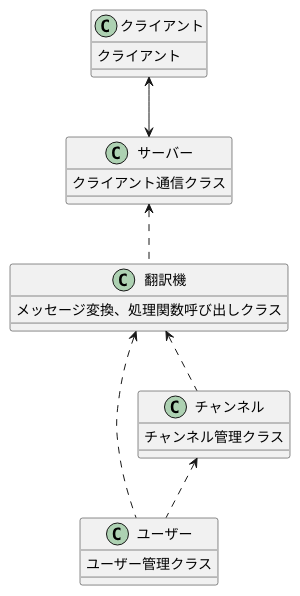
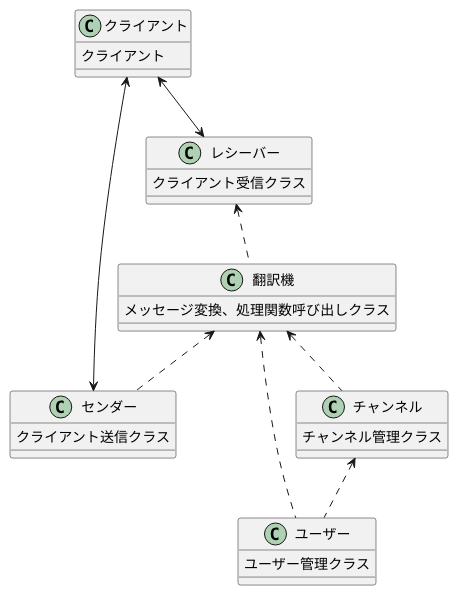
One commit to yuhe-02/ft_irc_42 changed the diagram in uml/class.puml. Above: the diagram before and after it, drawn with PlantUML. The commit also changed 5 other files, not shown here.

```diff
--- a/uml/class.puml
+++ b/uml/class.puml
@@ -1,37 +1,44 @@
 @startuml class
 
 ' クラス定義
 
 class クライアント
 {
 クライアント
 }
 
-class サーバー
+class レシーバー
 {
-クライアント通信クラス
+クライアント受信クラス
+}
+
+class センダー
+{
+クライアント送信クラス
 }
 
 class 翻訳機
 {
 メッセージ変換、処理関数呼び出しクラス
 }
 
 class ユーザー
 {
 ユーザー管理クラス
 }
 
 class チャンネル
 {
 チャンネル管理クラス
 }
 
 ' 関係（サーバー ← 翻訳機 ← ユーザー）
-クライアント<-->サーバー
-サーバー <.. 翻訳機
+クライアント<-->レシーバー
+翻訳機 <.. センダー
+センダー<-->クライアント
+レシーバー <.. 翻訳機
 翻訳機 <.. ユーザー
 翻訳機 <.. チャンネル
 チャンネル<..ユーザー
 
 @enduml
```
